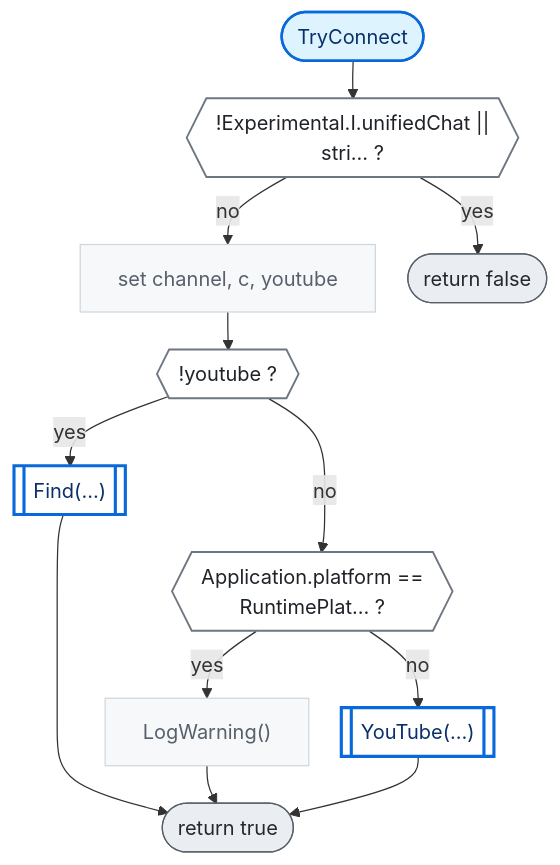
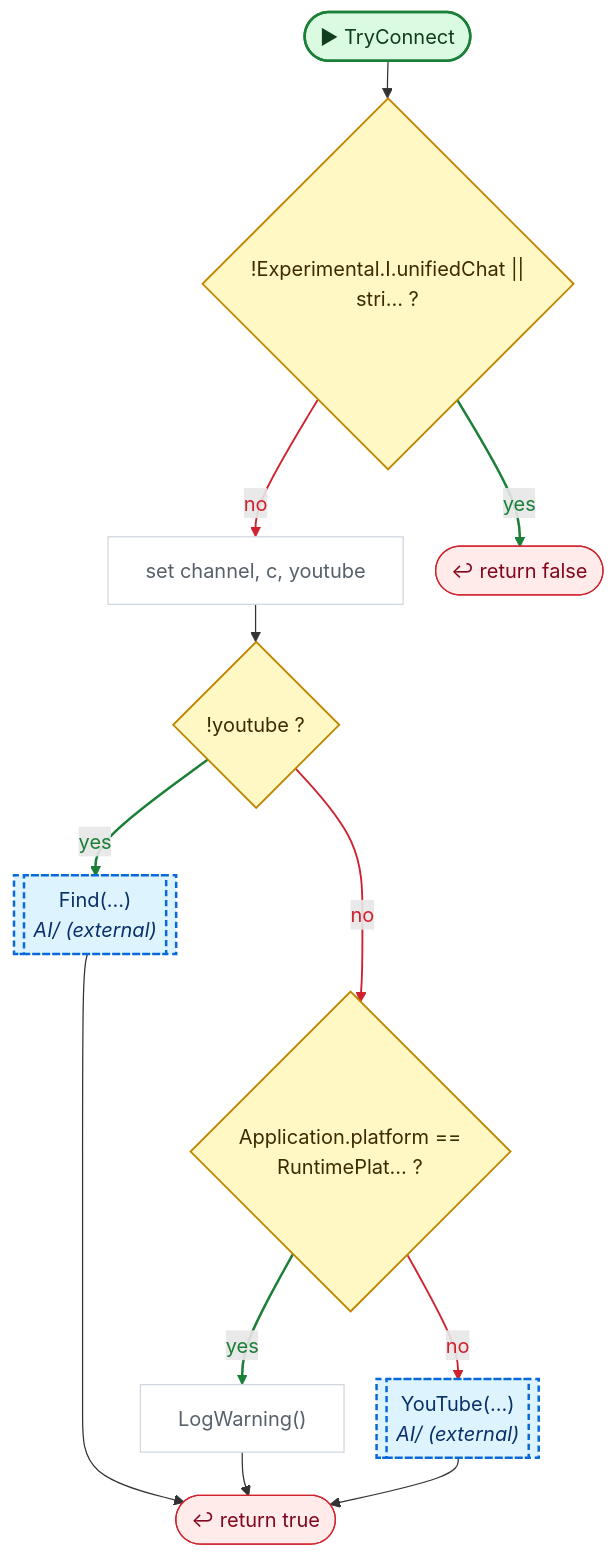
One commit to nataiai/Lord-of-the-Dungeon changed the second of 8 diagrams in CodeGraph~/graph/AI/UnifiedChat.cs.md. Above: the diagram before and after it, drawn with Mermaid. The commit also changed other lines of this file and 44 other files, not shown here.

````diff
--- a/CodeGraph~/graph/AI/UnifiedChat.cs.md
+++ b/CodeGraph~/graph/AI/UnifiedChat.cs.md
@@ -60,47 +60,57 @@
 ```mermaid
 ---
 config:
   flowchart:
     wrappingWidth: 260
     nodeSpacing: 26
     rankSpacing: 30
 ---
 flowchart TD
-  nS(["TryConnect"])
-  nbeaa22{{"!Experimental.I.unifiedChat #124;#124;<br>stri… ?"}}
+  nS(["▶ TryConnect"])
+  nbeaa22{"!Experimental.I.unifiedChat #124;#124;<br>stri… ?"}
   nd149f6["set channel, c, youtube"]
-  n5f2129{{"!youtube ?"}}
-  n3de441[["Find(…)"]]
-  n62a2e3{{"Application.platform ==<br>RuntimePlat… ?"}}
+  n5f2129{"!youtube ?"}
+  n3de441[["Find(…)<br><i>AI/ (external)</i>"]]
+  n62a2e3{"Application.platform ==<br>RuntimePlat… ?"}
   nd87f3c["LogWarning()"]
-  n61852f[["YouTube(…)"]]
-  n1902d3(["return false"])
-  nb1e3d6(["return true"])
+  n61852f[["YouTube(…)<br><i>AI/ (external)</i>"]]
+  n1902d3(["↩ return false"])
+  nb1e3d6(["↩ return true"])
   nS --> nbeaa22
   nbeaa22 -->|no| nd149f6
   nbeaa22 -->|yes| n1902d3
   nd149f6 --> n5f2129
   n5f2129 -->|yes| n3de441
   n3de441 ~~~ n62a2e3
   n5f2129 -->|no| n62a2e3
   n62a2e3 -->|yes| nd87f3c
   n62a2e3 -->|no| n61852f
   n3de441 --> nb1e3d6
   nd87f3c --> nb1e3d6
   n61852f --> nb1e3d6
-  classDef unity fill:#fff1c2,stroke:#9a6700,stroke-width:2px,color:#3b2300
-  classDef start fill:#ddf4ff,stroke:#0969da,stroke-width:2px,color:#0a3069
-  classDef calc fill:#f6f8fa,stroke:#d0d7de,color:#57606a
-  classDef calls fill:#ffffff,stroke:#0969da,stroke-width:2.5px,color:#0a3069
-  classDef cond fill:#ffffff,stroke:#6e7781,stroke-width:1.5px,color:#1f2328
-  classDef loop fill:#fbefff,stroke:#8250df,color:#3e1f79
-  classDef exit fill:#eaeef2,stroke:#57606a,color:#24292f
-  classDef wait fill:#fff8f0,stroke:#bc4c00,color:#4d1d00
+  linkStyle 1 stroke:#cf222e,stroke-width:1.5px,color:#cf222e
+  linkStyle 2 stroke:#1a7f37,stroke-width:2px,color:#1a7f37
+  linkStyle 4 stroke:#1a7f37,stroke-width:2px,color:#1a7f37
+  linkStyle 6 stroke:#cf222e,stroke-width:1.5px,color:#cf222e
+  linkStyle 7 stroke:#1a7f37,stroke-width:2px,color:#1a7f37
+  linkStyle 8 stroke:#cf222e,stroke-width:1.5px,color:#cf222e
+  classDef unity fill:#dafbe1,stroke:#1a7f37,stroke-width:2px,color:#0f3d1d
+  classDef start fill:#dafbe1,stroke:#1a7f37,stroke-width:2px,color:#0f3d1d
+  classDef calc fill:#ffffff,stroke:#d0d7de,color:#57606a
+  classDef calls fill:#ddf4ff,stroke:#0969da,stroke-width:2px,color:#0a3069
+  classDef ext fill:#ddf4ff,stroke:#0969da,stroke-width:2px,stroke-dasharray:5 3,color:#0a3069
+  classDef cond fill:#fff8c5,stroke:#bf8700,stroke-width:1.5px,color:#3d2a00
+  classDef loop fill:#f6f8fa,stroke:#57606a,color:#1f2328
+  classDef exit fill:#ffebe9,stroke:#cf222e,color:#82071e
+  classDef kill fill:#ffebe9,stroke:#cf222e,stroke-width:2px,color:#82071e
+  classDef spawn fill:#dafbe1,stroke:#1a7f37,stroke-width:2px,color:#0f3d1d
+  classDef wait fill:#fff1e5,stroke:#bc4c00,color:#4d1d00
   classDef fin fill:#eaeef2,stroke:#8c959f,color:#57606a
   classDef join fill:#d0d7de,stroke:#8c959f,color:#57606a
+  classDef ghdr fill:#f5f9ff,stroke:#f5f9ff,color:#0a3069,font-weight:bold
   class nd149f6,nd87f3c calc
-  class n3de441,n61852f calls
   class nbeaa22,n5f2129,n62a2e3 cond
   class n1902d3,nb1e3d6 exit
+  class n3de441,n61852f ext
   class nS start
 ```
````
